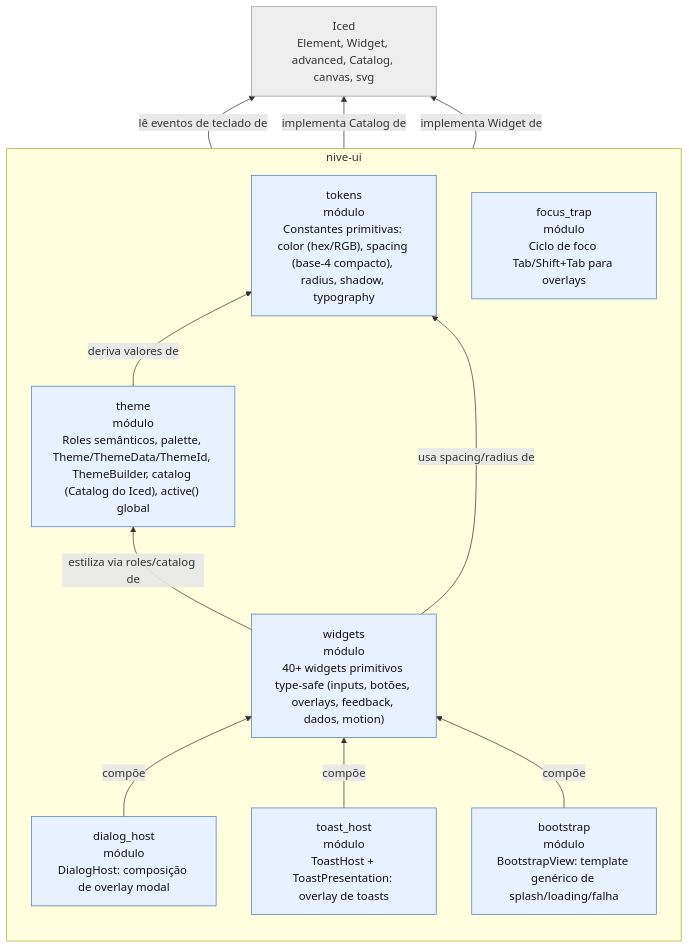
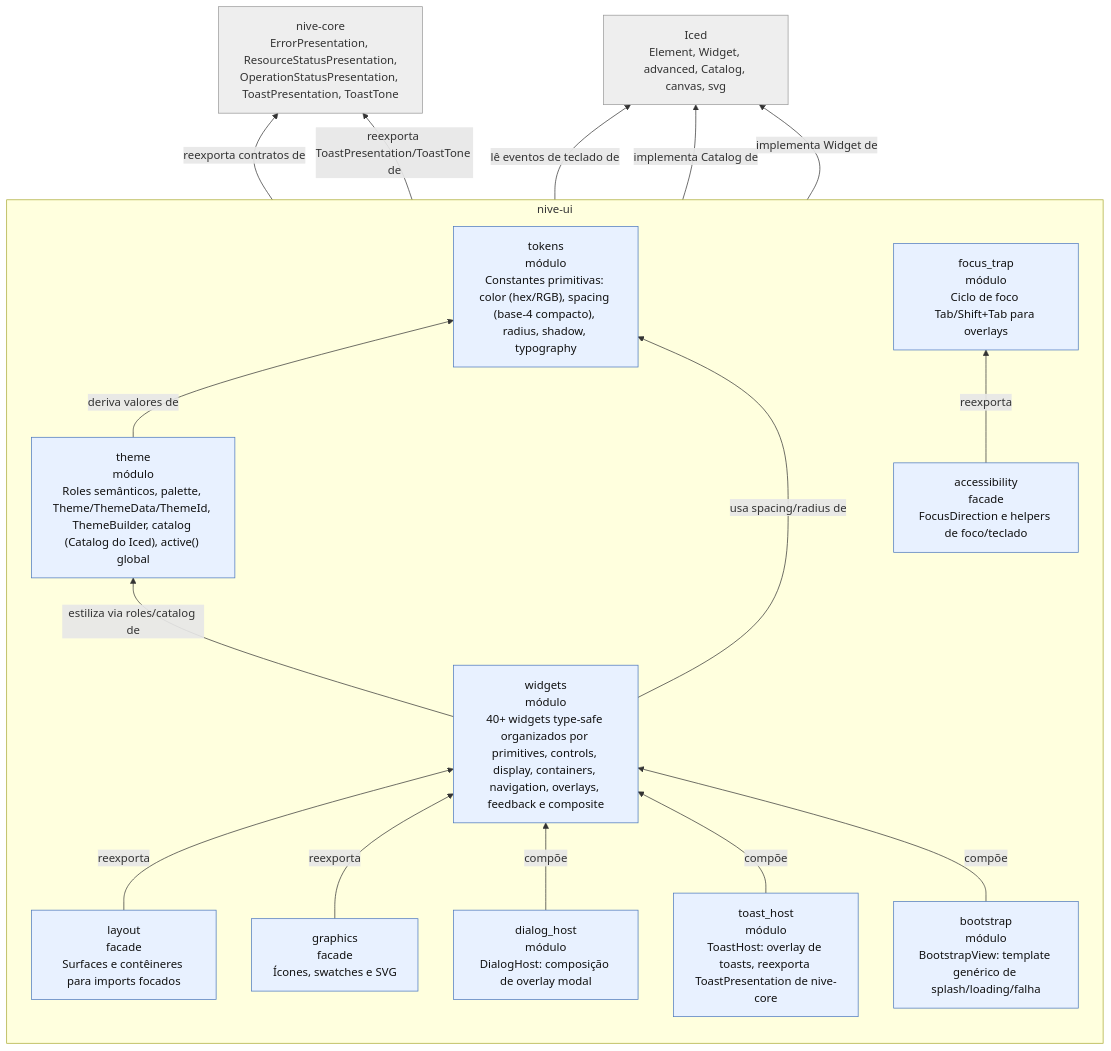
Before and after one commit to JirlanSouza/nive: the first of 2 diagrams in docs/architecture/ui-components.md, drawn with Mermaid. The commit also changed other lines of this file and 9 other files, not shown here.

First line of the commit message:
docs: update architecture, API surface, and component docs for nive-core

````diff
--- a/docs/architecture/ui-components.md
+++ b/docs/architecture/ui-components.md
@@ -6,30 +6,39 @@
 ```mermaid
 flowchart BT
     subgraph ui["nive-ui"]
         direction BT
         tokens["tokens<br/>módulo<br/>Constantes primitivas: color (hex/RGB), spacing (base-4 compacto), radius, shadow, typography"]
         theme["theme<br/>módulo<br/>Roles semânticos, palette, Theme/ThemeData/ThemeId, ThemeBuilder, catalog (Catalog do Iced), active() global"]
-        widgets["widgets<br/>módulo<br/>40+ widgets primitivos type-safe (inputs, botões, overlays, feedback, dados, motion)"]
+        widgets["widgets<br/>módulo<br/>40+ widgets type-safe organizados por primitives, controls, display, containers, navigation, overlays, feedback e composite"]
+        layoutfacade["layout<br/>facade<br/>Surfaces e contêineres para imports focados"]
+        graphicsfacade["graphics<br/>facade<br/>Ícones, swatches e SVG"]
+        a11yfacade["accessibility<br/>facade<br/>FocusDirection e helpers de foco/teclado"]
         dialoghost["dialog_host<br/>módulo<br/>DialogHost: composição de overlay modal"]
-        toasthost["toast_host<br/>módulo<br/>ToastHost + ToastPresentation: overlay de toasts"]
+        toasthost["toast_host<br/>módulo<br/>ToastHost: overlay de toasts, reexporta ToastPresentation de nive-core"]
         bootstrapview["bootstrap<br/>módulo<br/>BootstrapView: template genérico de splash/loading/falha"]
         focustrap["focus_trap<br/>módulo<br/>Ciclo de foco Tab/Shift+Tab para overlays"]
     end
 
     iced["Iced<br/>Element, Widget, advanced, Catalog, canvas, svg"]
+    core["nive-core<br/>ErrorPresentation, ResourceStatusPresentation,<br/>OperationStatusPresentation, ToastPresentation, ToastTone"]
 
     theme -->|deriva valores de| tokens
     widgets -->|estiliza via roles/catalog de| theme
     widgets -->|usa spacing/radius de| tokens
+    widgets -->|reexporta contratos de| core
+    toasthost -->|reexporta ToastPresentation/ToastTone de| core
+    layoutfacade -->|reexporta| widgets
+    graphicsfacade -->|reexporta| widgets
+    a11yfacade -->|reexporta| focustrap
     dialoghost -->|compõe| widgets
     toasthost -->|compõe| widgets
     bootstrapview -->|compõe| widgets
     focustrap -->|lê eventos de teclado de| iced
     theme -->|implementa Catalog de| iced
     widgets -->|implementa Widget de| iced
 
     classDef component fill:#e8f1ff,stroke:#4b77be,color:#111;
     classDef external fill:#eee,stroke:#999,color:#333;
-    class tokens,theme,widgets,dialoghost,toasthost,bootstrapview,focustrap component;
-    class iced external;
+    class tokens,theme,widgets,layoutfacade,graphicsfacade,a11yfacade,dialoghost,toasthost,bootstrapview,focustrap component;
+    class iced,core external;
 ```
````
